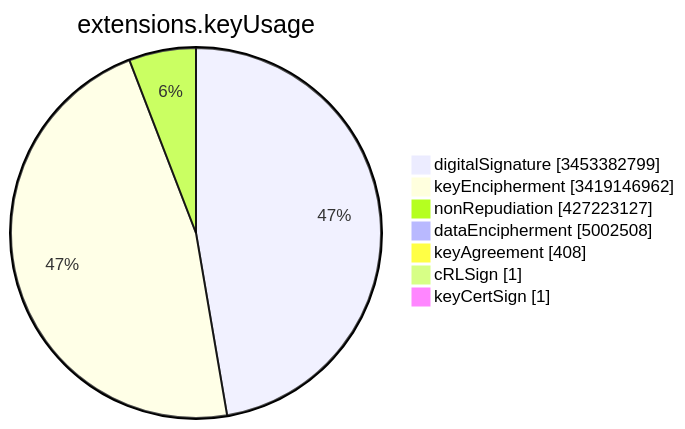
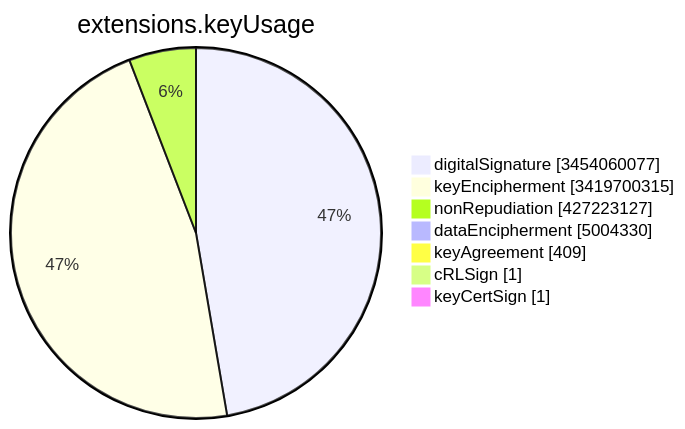
One commit to christiankrug/ctmonitor_visualization changed the sixth of 15 diagrams in TOTAL/README.md. Above: the diagram before and after it, drawn with Mermaid. The commit also changed other lines of this file, not shown here.

````diff
--- a/TOTAL/README.md
+++ b/TOTAL/README.md
@@ -3082,11 +3082,11 @@
 ```mermaid
 pie showData
 title extensions.keyUsage
-"digitalSignature" :3453382799
-"keyEncipherment" :3419146962
+"digitalSignature" :3454060077
+"keyEncipherment" :3419700315
 "nonRepudiation" :427223127
-"dataEncipherment" :5002508
-"keyAgreement" :408
+"dataEncipherment" :5004330
+"keyAgreement" :409
 "cRLSign" :1
 "keyCertSign" :1
 ```
````
